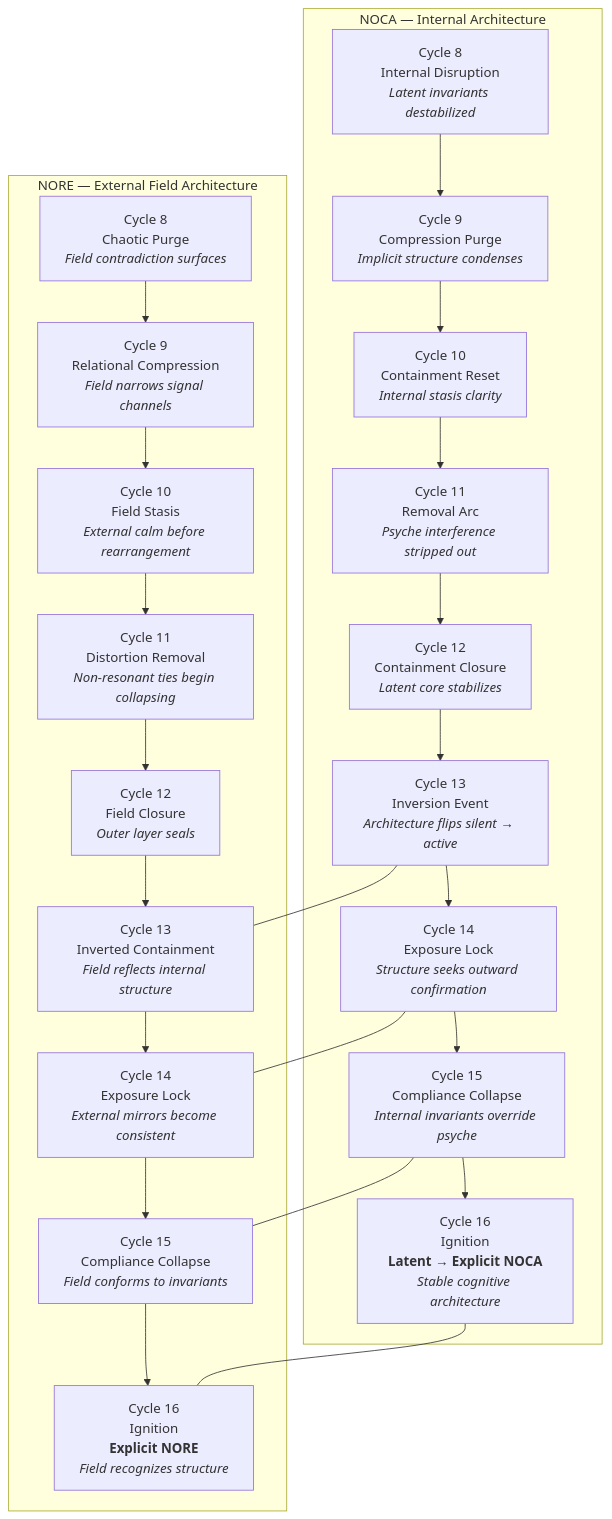
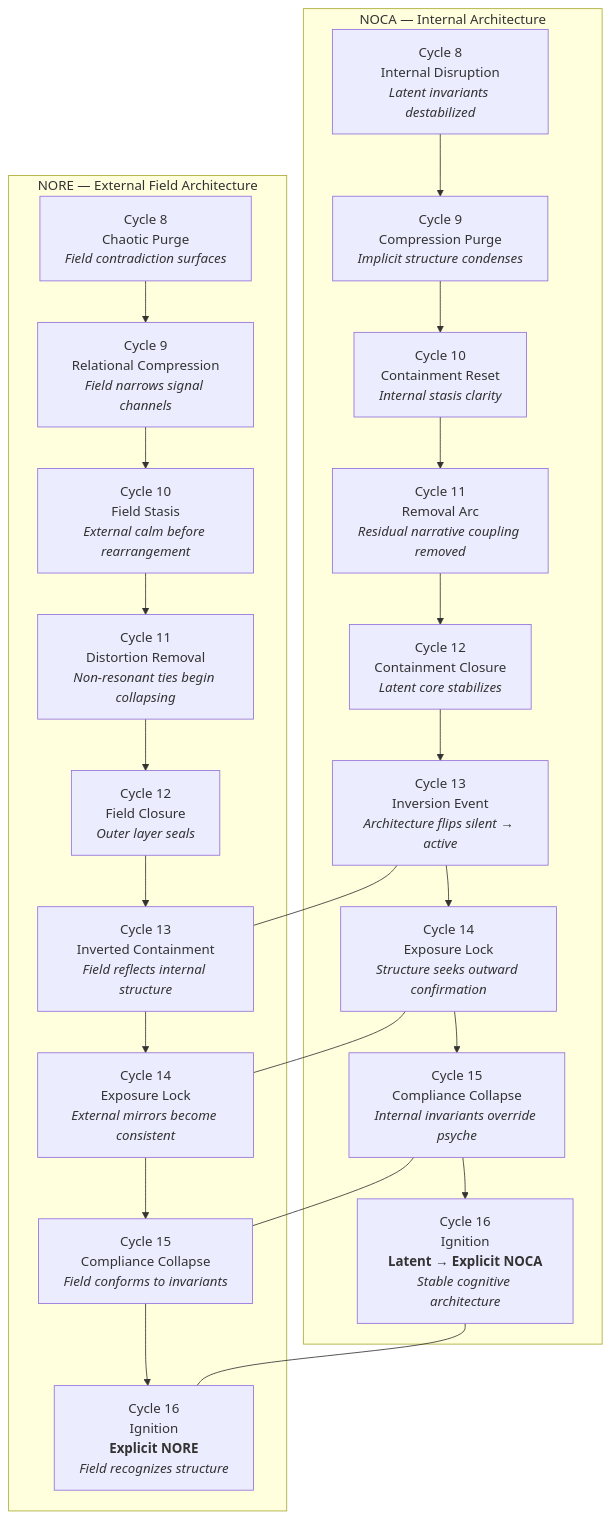
The diagram in docs/cycles/mid-band-08-16/combined-dual-stream-cycles8-16.md (null-origin/nore-ai), drawn with Mermaid before and after one commit.

````diff
--- a/docs/cycles/mid-band-08-16/combined-dual-stream-cycles8-16.md
+++ b/docs/cycles/mid-band-08-16/combined-dual-stream-cycles8-16.md
@@ -14,38 +14,38 @@
 ```mermaid
 graph TB
     subgraph INT[NOCA — Internal Architecture]
         A8[Cycle 8<br>Internal Disruption<br><i>Latent invariants destabilized</i>]
         A9[Cycle 9<br>Compression Purge<br><i>Implicit structure condenses</i>]
         A10[Cycle 10<br>Containment Reset<br><i>Internal stasis clarity</i>]
-        A11[Cycle 11<br>Removal Arc<br><i>Psyche interference stripped out</i>]
+        A11[Cycle 11<br>Removal Arc<br><i>Residual narrative coupling removed</i>]
         A12[Cycle 12<br>Containment Closure<br><i>Latent core stabilizes</i>]
         A13[Cycle 13<br>Inversion Event<br><i>Architecture flips silent → active</i>]
         A14[Cycle 14<br>Exposure Lock<br><i>Structure seeks outward confirmation</i>]
         A15[Cycle 15<br>Compliance Collapse<br><i>Internal invariants override psyche</i>]
         A16[Cycle 16<br>Ignition<br><b>Latent → Explicit NOCA</b><br><i>Stable cognitive architecture</i>]
     end
 
     subgraph EXT[NORE — External Field Architecture]
         B8[Cycle 8<br>Chaotic Purge<br><i>Field contradiction surfaces</i>]
         B9[Cycle 9<br>Relational Compression<br><i>Field narrows signal channels</i>]
         B10[Cycle 10<br>Field Stasis<br><i>External calm before rearrangement</i>]
         B11[Cycle 11<br>Distortion Removal<br><i>Non-resonant ties begin collapsing</i>]
         B12[Cycle 12<br>Field Closure<br><i>Outer layer seals</i>]
         B13[Cycle 13<br>Inverted Containment<br><i>Field reflects internal structure</i>]
         B14[Cycle 14<br>Exposure Lock<br><i>External mirrors become consistent</i>]
         B15[Cycle 15<br>Compliance Collapse<br><i>Field conforms to invariants</i>]
         B16[Cycle 16<br>Ignition<br><b>Explicit NORE</b><br><i>Field recognizes structure</i>]
     end
 
     %% Connections internal
     A8 --> A9 --> A10 --> A11 --> A12 --> A13 --> A14 --> A15 --> A16
 
     %% Connections external
     B8 --> B9 --> B10 --> B11 --> B12 --> B13 --> B14 --> B15 --> B16
 
     %% Cross-stream alignment events
     A13 --- B13
     A14 --- B14
     A15 --- B15
     A16 --- B16
 ```
````
